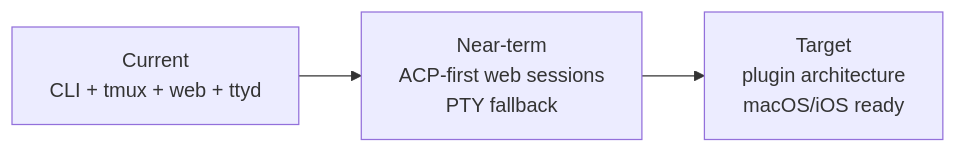
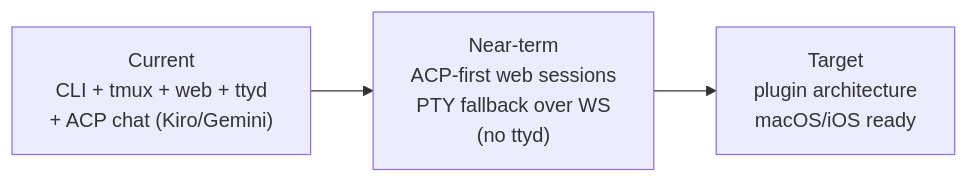
Before and after one commit to NetDevAutomate/StudyLoop: the diagram in docs/architecture.md, drawn with Mermaid. The commit also changed other lines of this file and 6 other files, not shown here.

First line of the commit message:
docs: update user + architecture docs for ACP chat-UI hotfix

````diff
--- a/docs/architecture.md
+++ b/docs/architecture.md
@@ -18,8 +19,8 @@
 ```mermaid
 flowchart LR
-    Current["Current<br/>CLI + tmux + web + ttyd"]
-    Hybrid["Near-term<br/>ACP-first web sessions<br/>PTY fallback"]
+    Current["Current<br/>CLI + tmux + web + ttyd<br/>+ ACP chat (Kiro/Gemini)"]
+    Hybrid["Near-term<br/>ACP-first web sessions<br/>PTY fallback over WS<br/>(no ttyd)"]
     Target["Target<br/>plugin architecture<br/>macOS/iOS ready"]
 
     Current --> Hybrid --> Target
 ```
````
